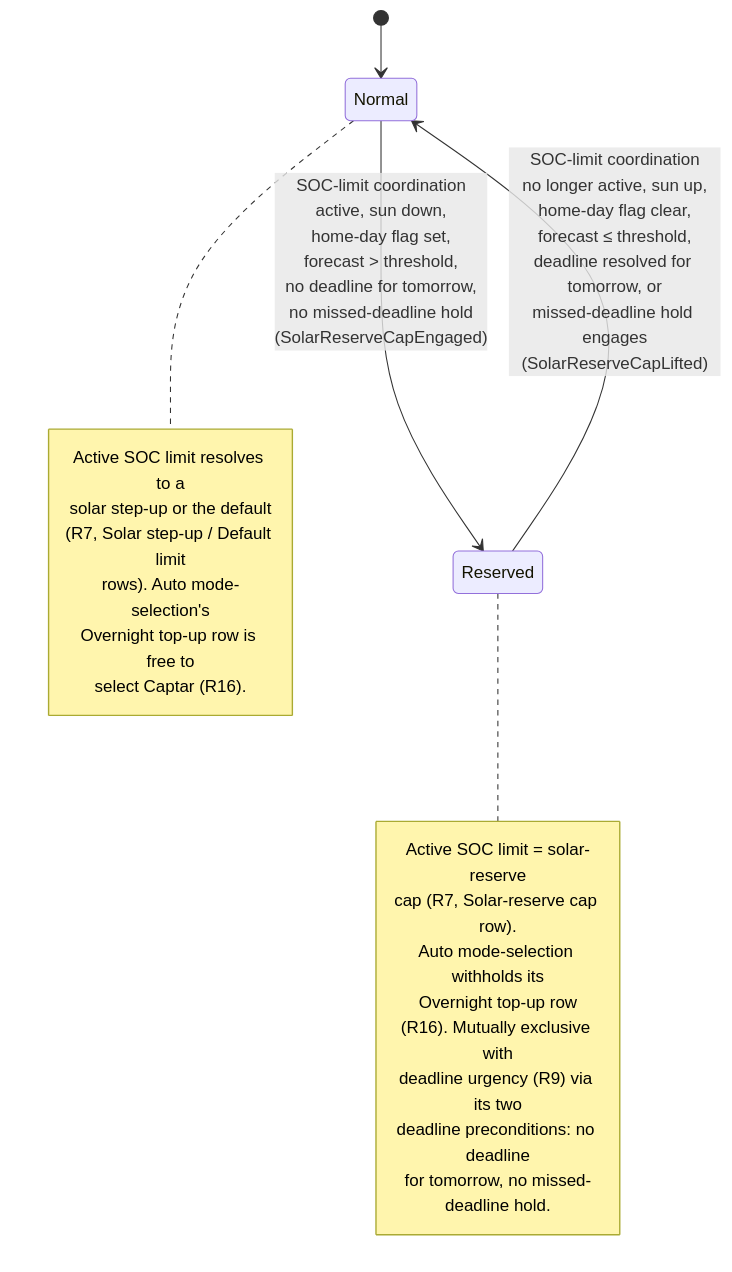
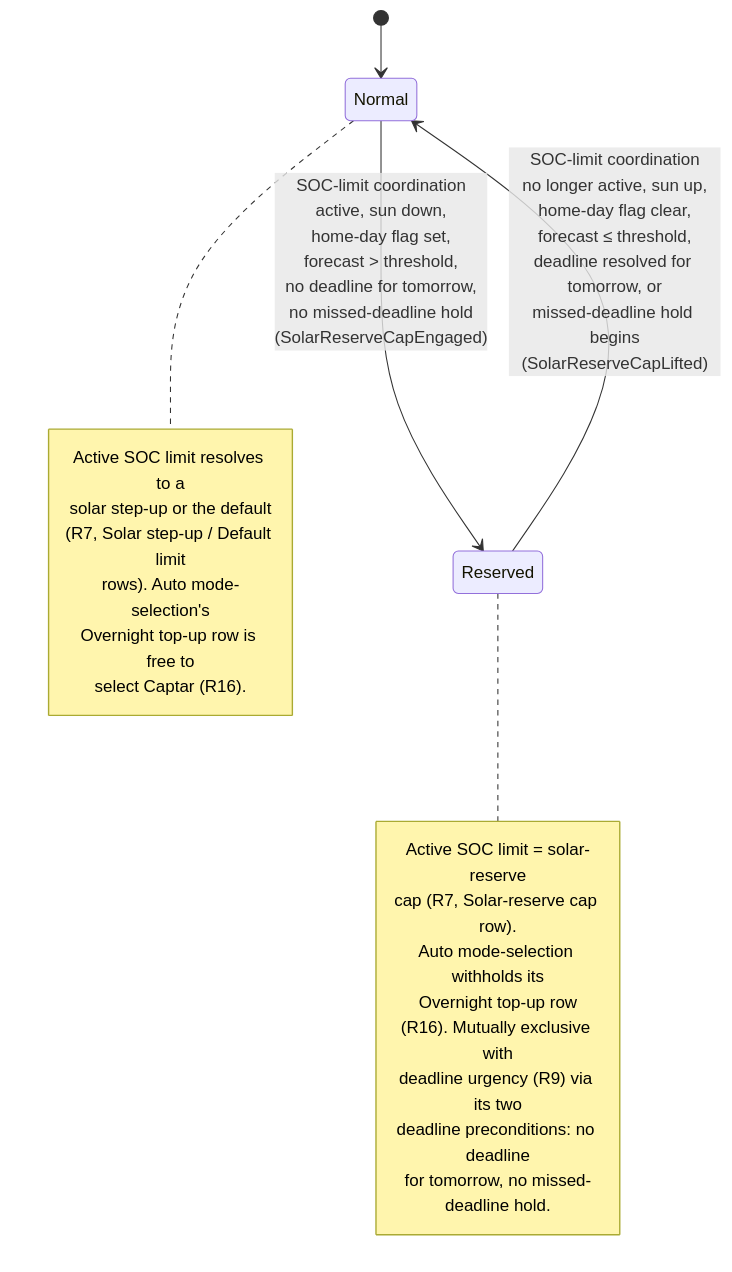
The diagram in docs/analysis/use-cases/UC07-reserve-capacity-for-tomorrow.md (kristofdegrave/homeassistant-smart-charging), drawn with Mermaid before and after one commit. The commit also changed other lines of this file and 6 other files, not shown here.

````diff
--- a/docs/analysis/use-cases/UC07-reserve-capacity-for-tomorrow.md
+++ b/docs/analysis/use-cases/UC07-reserve-capacity-for-tomorrow.md
@@ -145,24 +145,24 @@
 ```mermaid
 stateDiagram-v2
     [*] --> Normal
     Normal --> Reserved: SOC-limit coordination<br/>active, sun down,<br/>home-day flag set,<br/>forecast > threshold,<br/>no deadline for tomorrow,<br/>no missed-deadline hold<br/>(SolarReserveCapEngaged)
-    Reserved --> Normal: SOC-limit coordination<br/>no longer active, sun up,<br/>home-day flag clear,<br/>forecast ≤ threshold,<br/>deadline resolved for tomorrow, or<br/>missed-deadline hold engages<br/>(SolarReserveCapLifted)
+    Reserved --> Normal: SOC-limit coordination<br/>no longer active, sun up,<br/>home-day flag clear,<br/>forecast ≤ threshold,<br/>deadline resolved for tomorrow, or<br/>missed-deadline hold begins<br/>(SolarReserveCapLifted)
     note right of Reserved
         Active SOC limit = solar-reserve
         cap (R7, Solar-reserve cap row).
         Auto mode-selection withholds its
         Overnight top-up row
         (R16). Mutually exclusive with
         deadline urgency (R9) via its two
         deadline preconditions: no deadline
         for tomorrow, no missed-deadline hold.
     end note
     note right of Normal
         Active SOC limit resolves to a
         solar step-up or the default
         (R7, Solar step-up / Default limit
         rows). Auto mode-selection's
         Overnight top-up row is free to
         select Captar (R16).
     end note
 ```
````
